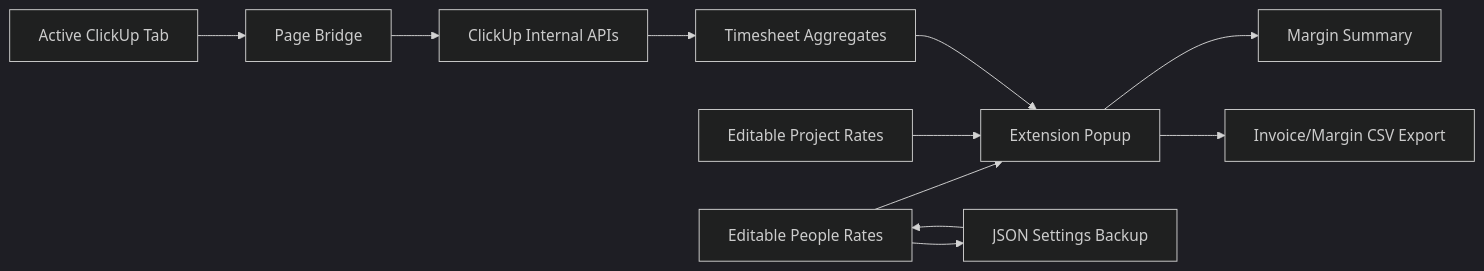
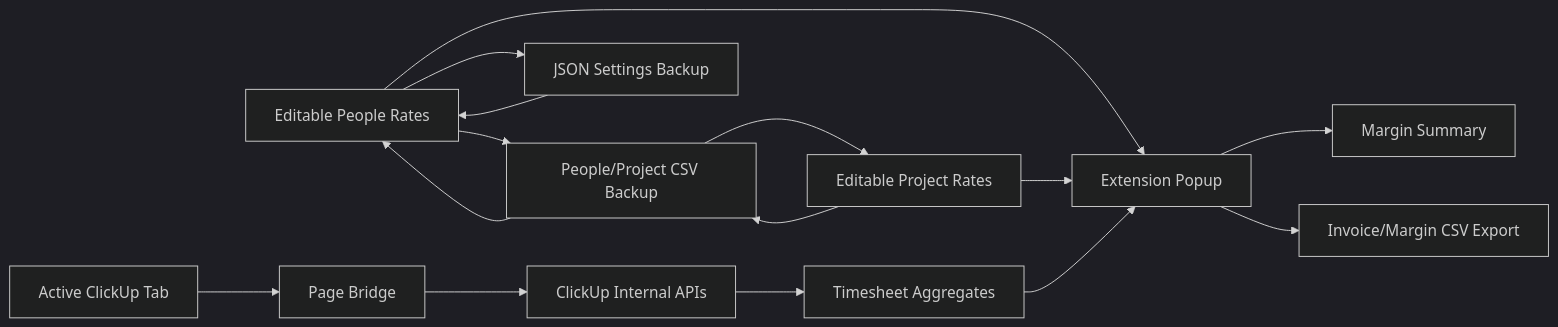
One commit to hengliu0919/clickup-margin-report-extension changed the diagram in docs/architecture.md. Above: the diagram before and after it, drawn with Mermaid (dark theme). The commit also changed other lines of this file and 8 other files, not shown here.

````diff
--- a/docs/architecture.md
+++ b/docs/architecture.md
@@ -18,13 +18,17 @@
 ```mermaid
 flowchart LR
   A["Active ClickUp Tab"] --> B["Page Bridge"]
   B --> C["ClickUp Internal APIs"]
   C --> D["Timesheet Aggregates"]
   E["Editable People Rates"] --> F["Extension Popup"]
   G["Editable Project Rates"] --> F
   J["JSON Settings Backup"] --> E
   E --> J
+  K["People/Project CSV Backup"] --> E
+  E --> K
+  K --> G
+  G --> K
   D --> F
   F --> H["Margin Summary"]
   F --> I["Invoice/Margin CSV Export"]
 ```
````
